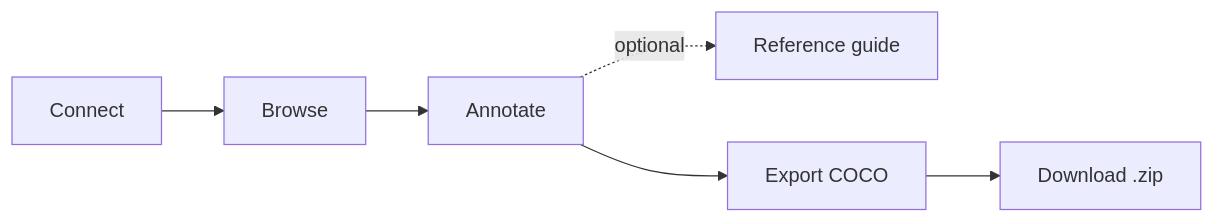
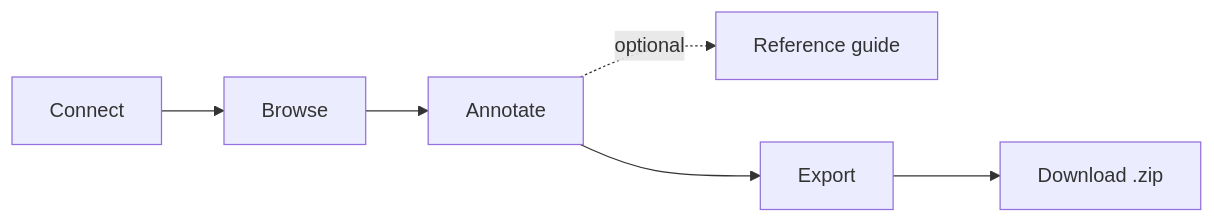
One commit to mlexchange/Segmentation_Annotation_Studio changed the diagram in docs/index.md. Above: the diagram before and after it, drawn with Mermaid. The commit also changed other lines of this file and 5 other files, not shown here.

````diff
--- a/docs/index.md
+++ b/docs/index.md
@@ -70,8 +72,8 @@
 ```mermaid
 graph LR
   A[Connect] --> B[Browse];
   B --> C[Annotate];
   C -.optional.-> D[Reference guide];
-  C --> E[Export COCO];
+  C --> E[Export];
   E --> F[Download .zip];
 ```
````
